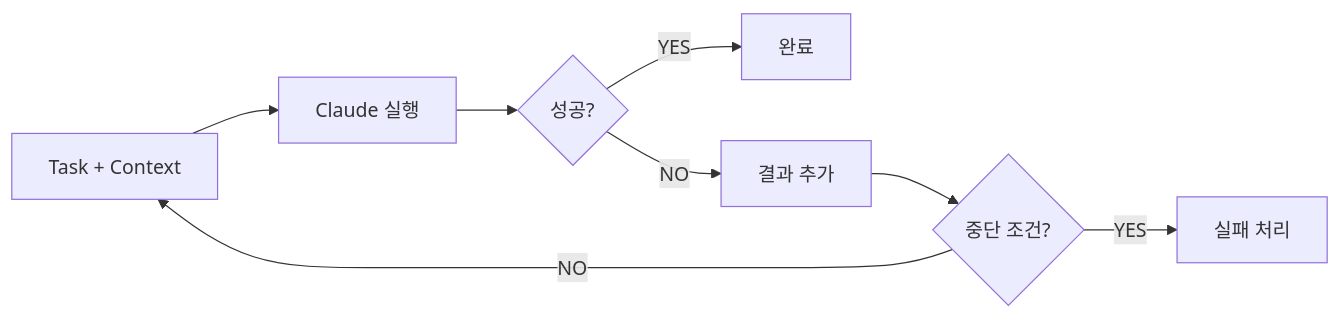
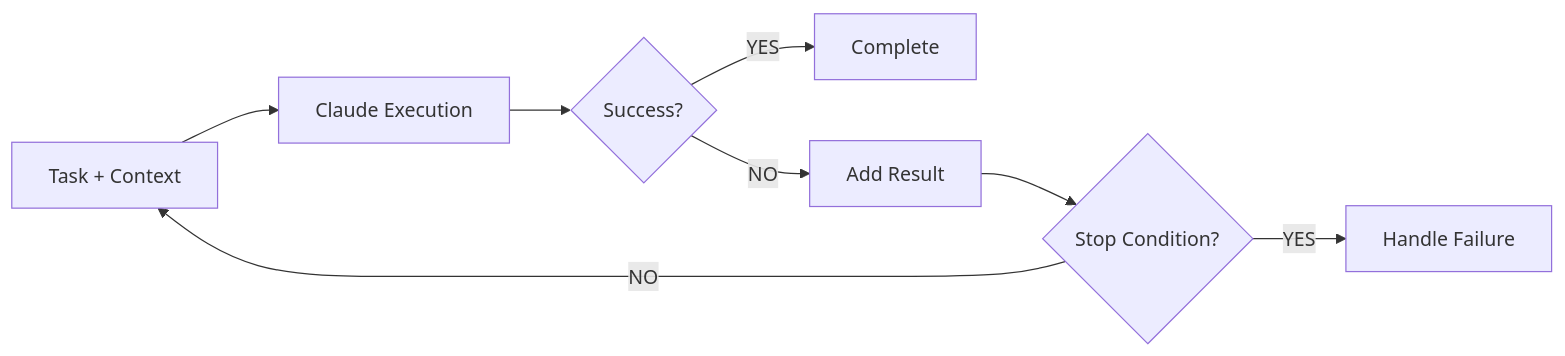
One commit to yeochul-jeon/ralph-mem changed the first of 2 diagrams in docs/design/ralph-loop.md. Above: the diagram before and after it, drawn with Mermaid. The commit also changed other lines of this file and 26 other files, not shown here.

````diff
--- a/docs/design/ralph-loop.md
+++ b/docs/design/ralph-loop.md
@@ -10,10 +12,10 @@
 ```mermaid
 flowchart LR
-    A[Task + Context] --> B[Claude 실행]
-    B --> C{성공?}
-    C -->|YES| D[완료]
-    C -->|NO| E[결과 추가]
-    E --> F{중단 조건?}
+    A[Task + Context] --> B[Claude Execution]
+    B --> C{Success?}
+    C -->|YES| D[Complete]
+    C -->|NO| E[Add Result]
+    E --> F{Stop Condition?}
     F -->|NO| A
-    F -->|YES| G[실패 처리]
+    F -->|YES| G[Handle Failure]
 ```
````
